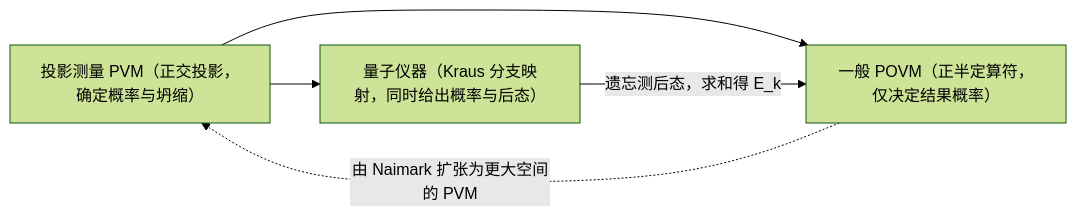
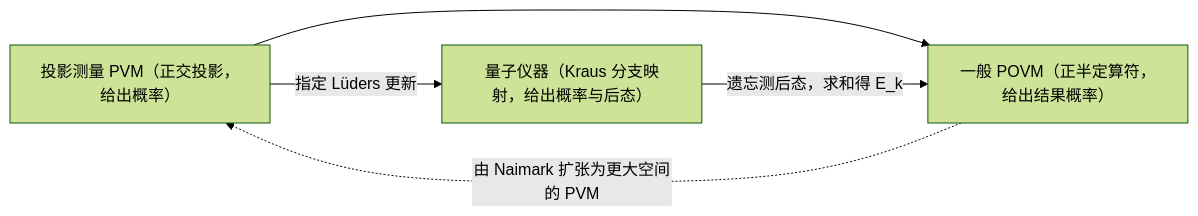
Before and after one commit to nanless/quantum-computing-handbook: the diagram in handbook/02-single-qubit.md, drawn with Mermaid (forest theme). The commit also changed other lines of this file and 346 other files, not shown here.

````diff
--- a/handbook/02-single-qubit.md
+++ b/handbook/02-single-qubit.md
@@ -1046,7 +1048,7 @@
 ```mermaid
 flowchart LR
-  A["投影测量 PVM（正交投影，确定概率与坍缩）"] --> B["一般 POVM（正半定算符，仅决定结果概率）"]
-  A --> C["量子仪器（Kraus 分支映射，同时给出概率与后态）"]
+  A["投影测量 PVM（正交投影，给出概率）"] --> B["一般 POVM（正半定算符，给出结果概率）"]
+  A -->|"指定 Lüders 更新"| C["量子仪器（Kraus 分支映射，给出概率与后态）"]
   C -->|"遗忘测后态，求和得 E_k"| B
   B -.->|"由 Naimark 扩张为更大空间的 PVM"| A
 ```
````
